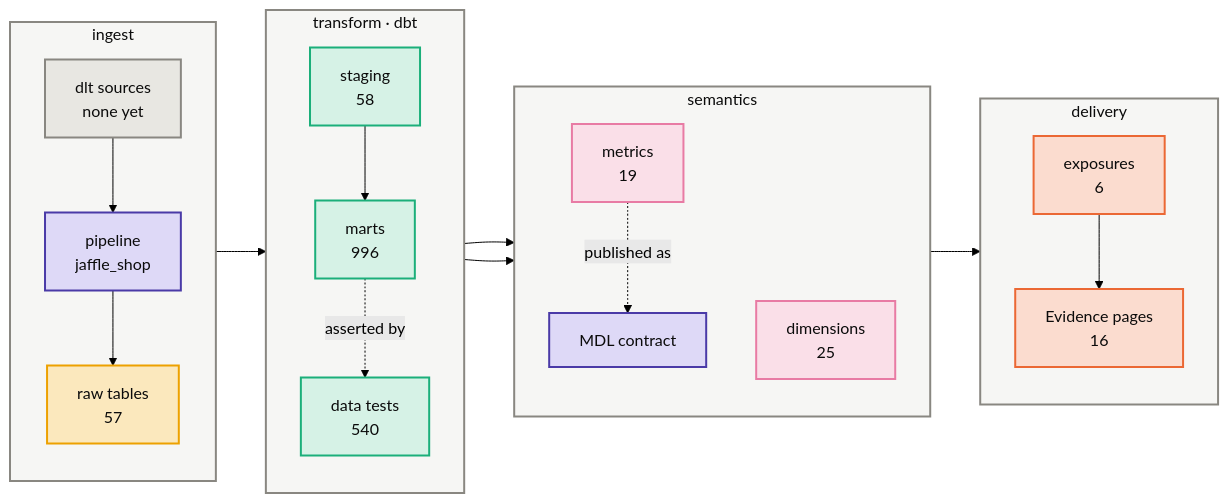
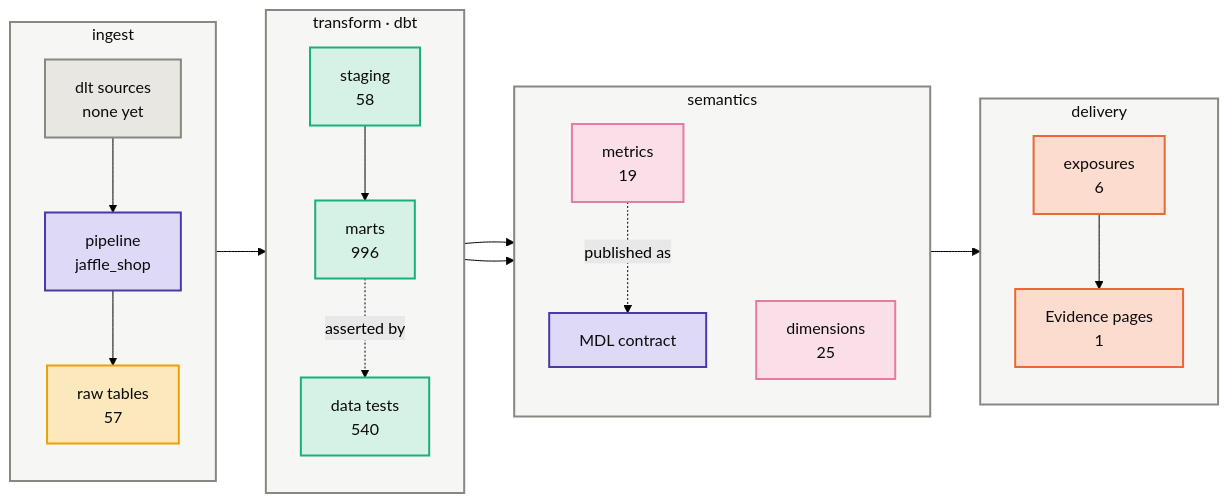
One commit to Atomz-org/data-platform changed the first of 3 diagrams in groups/jaffle/projects/jaffle-shop/kg/architecture.md. Above: the diagram before and after it, drawn with Mermaid (forest theme). The commit also changed 3 other files, not shown here.

````diff
--- a/groups/jaffle/projects/jaffle-shop/kg/architecture.md
+++ b/groups/jaffle/projects/jaffle-shop/kg/architecture.md
@@ -10,41 +10,41 @@
 ```mermaid
 flowchart LR
     subgraph LI["ingest"]
         direction TB
         I1["dlt sources<br/>none yet"]:::neutral
         I2["pipeline<br/>jaffle_shop"]:::platform
         I3["raw tables<br/>57"]:::raw
     end
     subgraph LT["transform · dbt"]
         direction TB
         T1["staging<br/>58"]:::model
         T2["marts<br/>996"]:::model
         T3["data tests<br/>540"]:::model
     end
     subgraph LS["semantics"]
         direction TB
         S1["metrics<br/>19"]:::metric
         S2["dimensions<br/>25"]:::metric
         S3["MDL contract"]:::platform
     end
     subgraph LD["delivery"]
         direction TB
         D1["exposures<br/>6"]:::exposure
-        D2["Evidence pages<br/>16"]:::exposure
+        D2["Evidence pages<br/>1"]:::exposure
     end
     I1 --> I2 --> I3 --> T1 --> T2
     T2 --> S1 --> D1 --> D2
     T2 --> S2
     S1 -.published as.-> S3
     T2 -.asserted by.-> T3
     classDef ingress fill:#cde2fb,stroke:#2a78d6,stroke-width:2px,color:#0b0b0b
     classDef platform fill:#ded9f7,stroke:#4a3aa7,stroke-width:2px,color:#0b0b0b
     classDef raw fill:#fbe8bd,stroke:#eda100,stroke-width:2px,color:#0b0b0b
     classDef model fill:#d6f2e6,stroke:#1baf7a,stroke-width:2px,color:#0b0b0b
     classDef metric fill:#fadfe8,stroke:#e87ba4,stroke-width:2px,color:#0b0b0b
     classDef exposure fill:#fbdccf,stroke:#eb6834,stroke-width:2px,color:#0b0b0b
     classDef neutral fill:#e8e7e2,stroke:#898781,stroke-width:2px,color:#0b0b0b
     classDef project fill:#e3eefc,stroke:#2a78d6,stroke-width:2px,color:#0b0b0b
     classDef lane fill:#f6f6f4,stroke:#898781,stroke-width:2px,color:#0b0b0b
     class LI,LT,LS,LD lane
 ```
````
